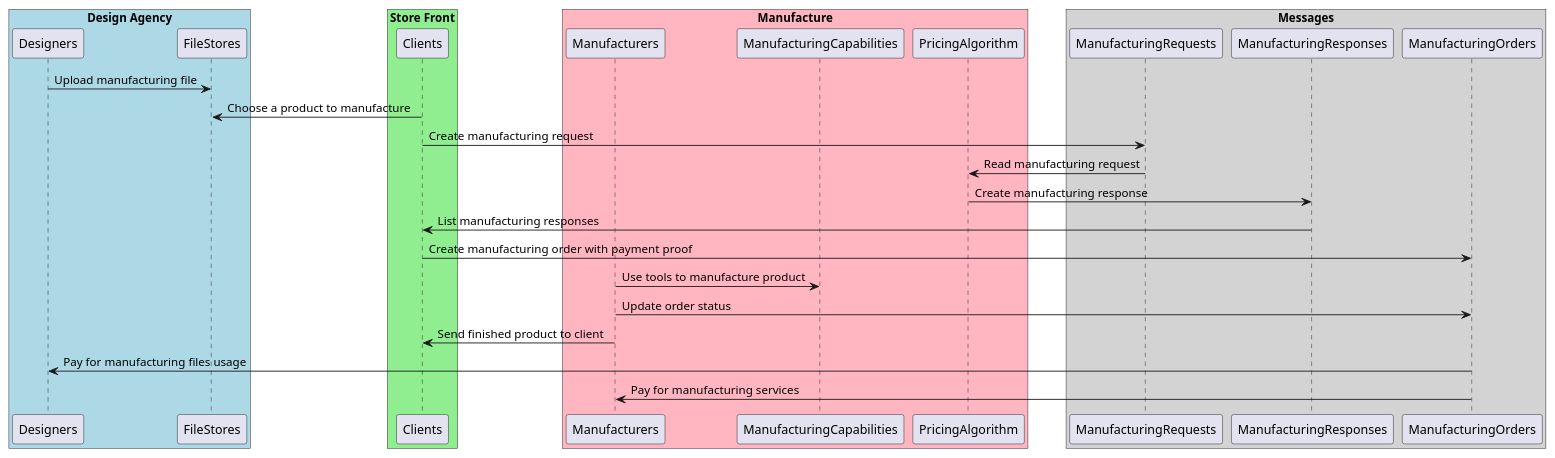
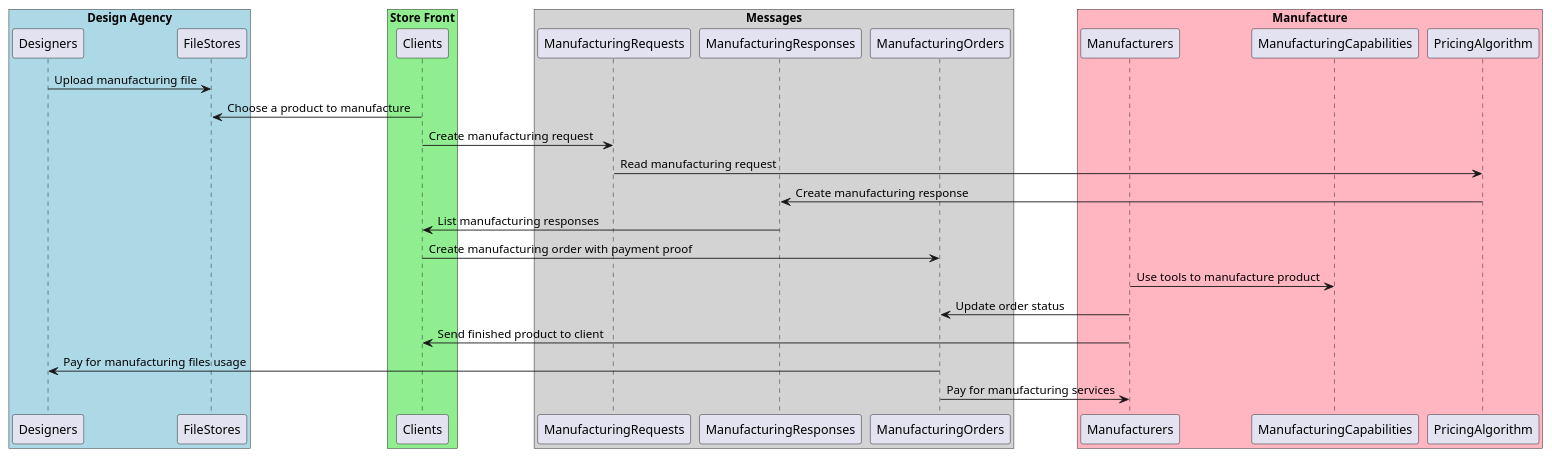
Before and after one commit to distrifab/fabchain: the diagram in sequence.iuml, drawn with PlantUML. The commit also changed other lines of this file, not shown here.

Commit message:
update diagram

```diff
--- a/sequence.iuml
+++ b/sequence.iuml
@@ -1,37 +1,37 @@
 @startuml "fabchain"
 
 box "Design Agency" #LightBlue
     participant Designers as D
     participant FileStores as FS
 end box
 
 box "Store Front" #LightGreen
     participant Clients as C
 end box
 
+box "Messages" #LightGray
+    participant ManufacturingRequests as MR
+    participant ManufacturingResponses as MRsp
+    participant ManufacturingOrders as MO
+end box
+
 box "Manufacture" #LightPink
     participant Manufacturers as M
     participant ManufacturingCapabilities as MC
     participant PricingAlgorithm as PA
-end box
-
-box "Messages" #LightGray
-    participant ManufacturingRequests as MR
-    participant ManufacturingResponses as MRsp
-    participant ManufacturingOrders as MO
 end box
 
 D -> FS : Upload manufacturing file
 C -> FS : Choose a product to manufacture
 C -> MR : Create manufacturing request
 MR -> PA : Read manufacturing request
 PA -> MRsp : Create manufacturing response
 MRsp -> C : List manufacturing responses
 C -> MO : Create manufacturing order with payment proof
 M -> MC : Use tools to manufacture product
 M -> MO : Update order status
 M -> C : Send finished product to client
 MO -> D : Pay for manufacturing files usage
 MO -> M : Pay for manufacturing services
 
 @enduml
```
